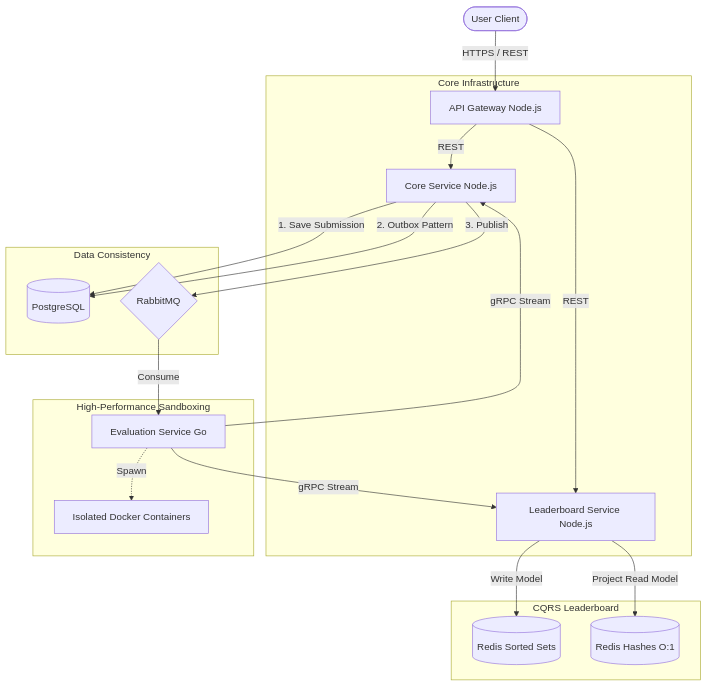
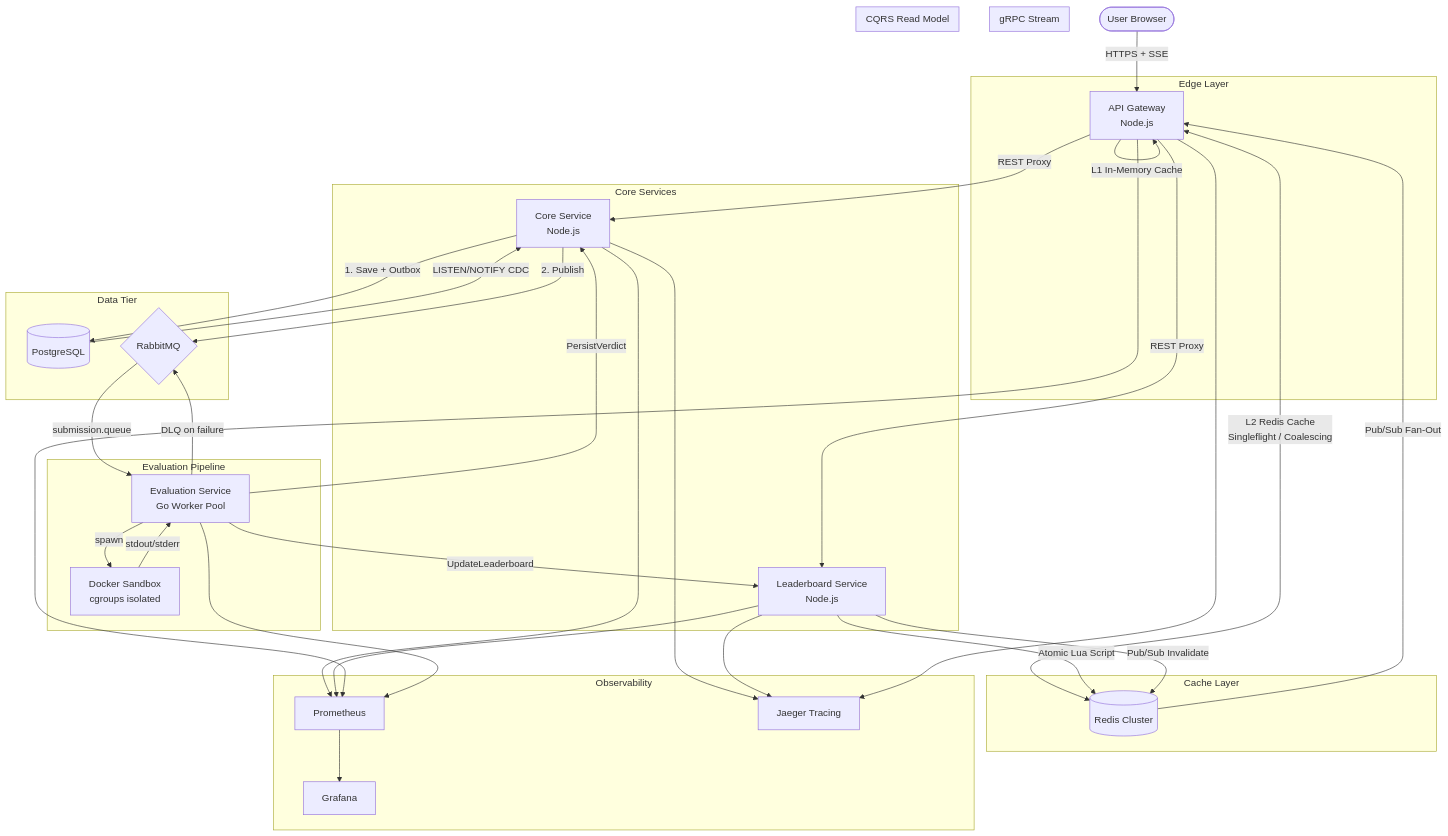
One commit to DevLikhith5/CodeWarzz changed the diagram in README.md. Above: the diagram before and after it, drawn with Mermaid. The commit also changed other lines of this file and 20 other files, not shown here.

````diff
--- a/README.md
+++ b/README.md
@@ -27,27 +66,50 @@
 ```mermaid
 graph TD
-    Client([User Client]) -->|HTTPS / REST| Gateway[API Gateway Node.js]
-    
-    subgraph Core Infrastructure
-        Gateway -->|REST| Core[Core Service Node.js]
-        Gateway -->|REST| Leaderboard[Leaderboard Service Node.js]
+    Client([ User Browser]) -->|HTTPS + SSE| GW
+
+    subgraph Edge Layer
+        GW[ API Gateway<br/>Node.js]
+        GW -->|Bloom Filter| GW
+        GW -->|Rate Limiter| GW
+        GW -->|L1 In-Memory Cache| GW
     end
 
-    subgraph Data Consistency
-        Core -->|1. Save Submission| DB[(PostgreSQL)]
-        Core -->|2. Outbox Pattern| DB
-        Core -->|3. Publish| RMQ{RabbitMQ}
+    subgraph Cache Layer
+        GW <-->|L2 Redis Cache<br/>Singleflight / Coalescing| Redis[( Redis Cluster)]
+        Redis -->|Pub/Sub Fan-Out| GW
     end
 
-    subgraph High-Performance Sandboxing
-        RMQ -->|Consume| Eval[Evaluation Service Go]
-        Eval -.->|Spawn| Sandbox[Isolated Docker Containers]
-        Eval -->|gRPC Stream| Core
-        Eval -->|gRPC Stream| Leaderboard
+    subgraph Core Services
+        GW -->|REST Proxy| Core[ Core Service<br/>Node.js]
+        GW -->|REST Proxy| LB[ Leaderboard Service<br/>Node.js]
     end
 
-    subgraph CQRS Leaderboard
-        Leaderboard -->|Write Model| RedisZ[(Redis Sorted Sets)]
-        Leaderboard -->|Project Read Model| RedisH[(Redis Hashes O:1)]
+    subgraph Data Tier
+        Core -->|1. Save + Outbox| PG[( PostgreSQL)]
+        PG -->|LISTEN/NOTIFY CDC| Core
+        Core -->|2. Publish| RMQ{ RabbitMQ}
+    end
+
+    subgraph Evaluation Pipeline
+        RMQ -->|submission.queue| Eval[ Evaluation Service<br/>Go Worker Pool]
+        Eval -->|spawn| Docker[ Docker Sandbox<br/>cgroups isolated]
+        Docker -->|stdout/stderr| Eval
+        Eval -->|DLQ on failure| RMQ
+    end
+
+    subgraph gRPC Stream
+        Eval -->|PersistVerdict| Core
+        Eval -->|UpdateLeaderboard| LB
+    end
+
+    subgraph CQRS Read Model
+        LB -->|Atomic Lua Script| Redis
+        LB -->|Pub/Sub Invalidate| Redis
+    end
+
+    subgraph Observability
+        Core & LB & GW & Eval --> Prom[ Prometheus]
+        Prom --> Grafana[ Grafana]
+        Core & LB & GW --> Jaeger[ Jaeger Tracing]
     end
 ```
````
